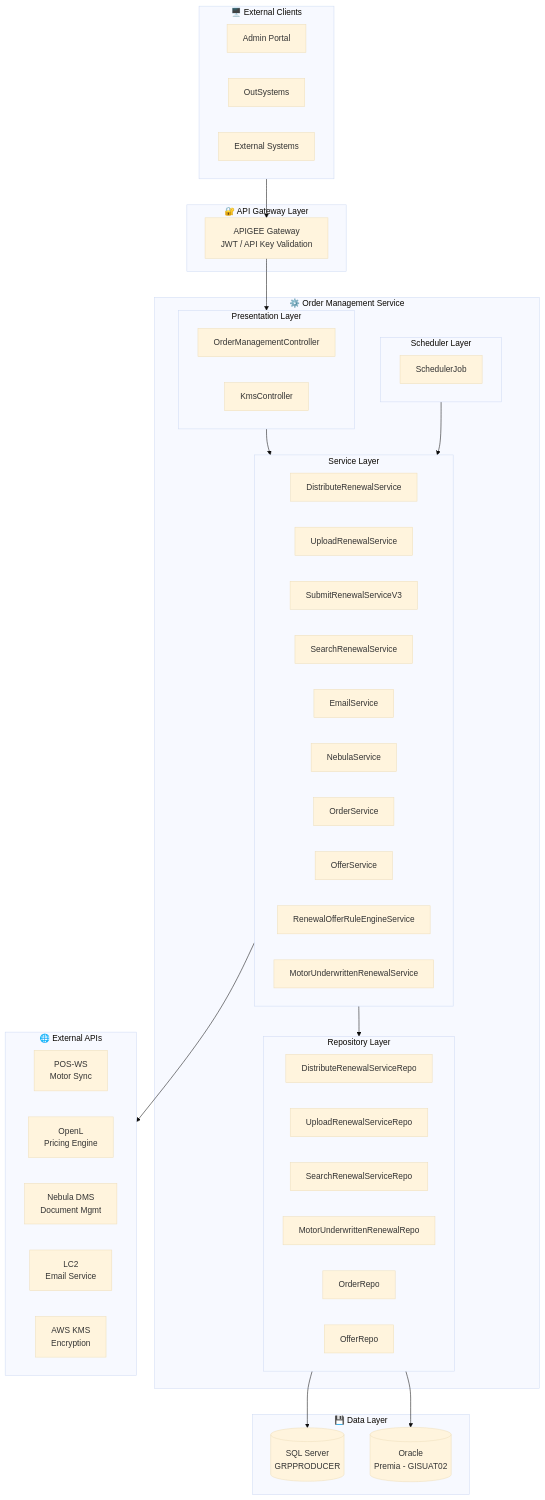
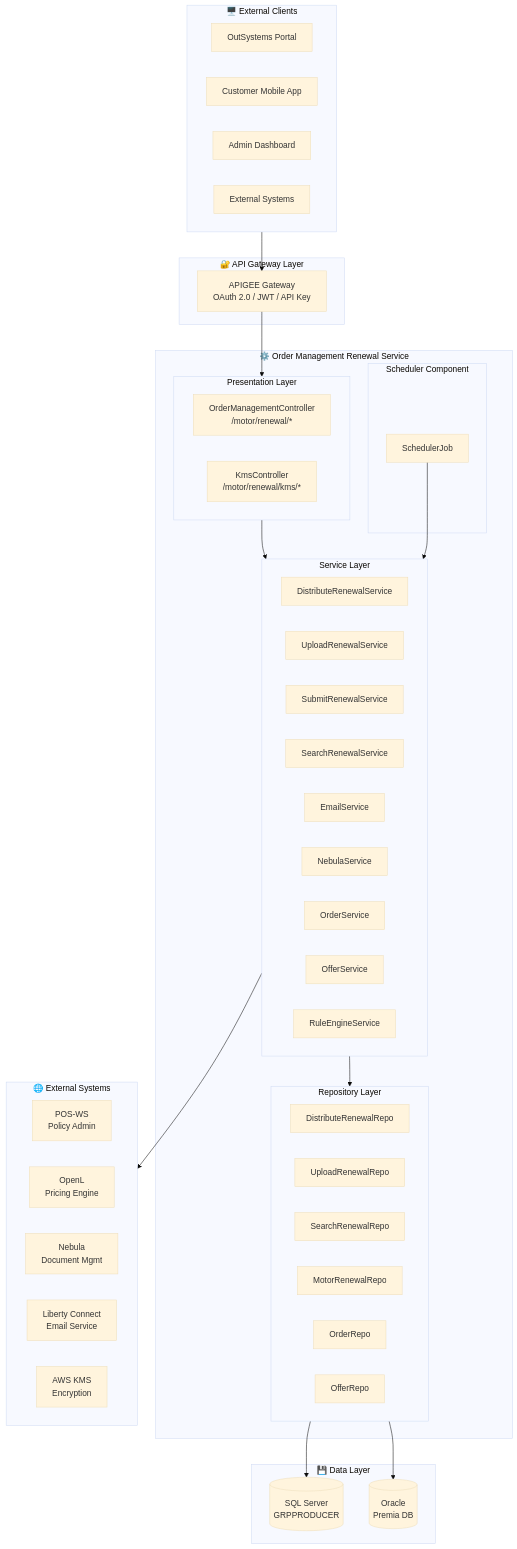
Before and after one commit to nghiakvnvsd/test_markdown: the first of 10 diagrams in README.md, drawn with Mermaid (base theme). The commit also changed other lines of this file, not shown here.

````diff
--- a/README.md
+++ b/README.md
@@ -16,67 +43,67 @@
 ```mermaid
 flowchart TB
     subgraph Clients["🖥️ External Clients"]
-        Portal[Admin Portal]
-        OutSystems[OutSystems]
+        OS[OutSystems Portal]
+        Mobile[Customer Mobile App]
+        Admin[Admin Dashboard]
         External[External Systems]
     end
    
     subgraph Gateway["🔐 API Gateway Layer"]
-        APIGEE[APIGEE Gateway<br/>JWT / API Key Validation]
+        APIGEE[APIGEE Gateway<br/>OAuth 2.0 / JWT / API Key]
     end
    
-    subgraph Application["⚙️ Order Management Service"]
+    subgraph Application["⚙️ Order Management Renewal Service"]
         subgraph Controllers["Presentation Layer"]
-            OMC[OrderManagementController]
-            KMC[KmsController]
+            OMCtrl[OrderManagementController<br/>/motor/renewal/*]
+            KmsCtrl[KmsController<br/>/motor/renewal/kms/*]
         end
        
         subgraph Services["Service Layer"]
             DistSvc[DistributeRenewalService]
             UploadSvc[UploadRenewalService]
-            SubmitSvc[SubmitRenewalServiceV3]
+            SubmitSvc[SubmitRenewalService]
             SearchSvc[SearchRenewalService]
             EmailSvc[EmailService]
             NebulaSvc[NebulaService]
             OrderSvc[OrderService]
             OfferSvc[OfferService]
-            PricingSvc[RenewalOfferRuleEngineService]
-            MotorSvc[MotorUnderwrittenRenewalService]
+            RuleSvc[RuleEngineService]
         end
        
         subgraph Repos["Repository Layer"]
-            DistRepo[DistributeRenewalServiceRepo]
-            UploadRepo[UploadRenewalServiceRepo]
-            SearchRepo[SearchRenewalServiceRepo]
-            MotorRepo[MotorUnderwrittenRenewalRepo]
+            DistRepo[DistributeRenewalRepo]
+            UploadRepo[UploadRenewalRepo]
+            SearchRepo[SearchRenewalRepo]
+            MotorRepo[MotorRenewalRepo]
             OrderRepo[OrderRepo]
             OfferRepo[OfferRepo]
         end
        
-        subgraph Scheduler["Scheduler Layer"]
+        subgraph Scheduler["Scheduler Component"]
             Jobs[SchedulerJob]
         end
     end
    
-    subgraph Data["💾 Data Layer"]
-        SQL[(SQL Server<br/>GRPPRODUCER)]
-        Oracle[(Oracle<br/>Premia - GISUAT02)]
+    subgraph DataLayer["💾 Data Layer"]
+        MSSQL[(SQL Server<br/>GRPPRODUCER)]
+        Oracle[(Oracle<br/>Premia DB)]
     end
    
-    subgraph ExternalAPIs["🌐 External APIs"]
-        POSWS[POS-WS<br/>Motor Sync]
+    subgraph ExternalAPIs["🌐 External Systems"]
+        POSWS[POS-WS<br/>Policy Admin]
         OpenL[OpenL<br/>Pricing Engine]
-        Nebula[Nebula DMS<br/>Document Mgmt]
-        LC2[LC2<br/>Email Service]
-        KMS[AWS KMS<br/>Encryption]
+        NebulaDMS[Nebula<br/>Document Mgmt]
+        LC2[Liberty Connect<br/>Email Service]
+        AWS[AWS KMS<br/>Encryption]
     end
    
     Clients --> APIGEE
     APIGEE --> Controllers
     Controllers --> Services
     Services --> Repos
-    Repos --> SQL
+    Repos --> MSSQL
     Repos --> Oracle
     Services --> ExternalAPIs
-    Scheduler --> Services
+    Jobs --> Services
 ```
````
